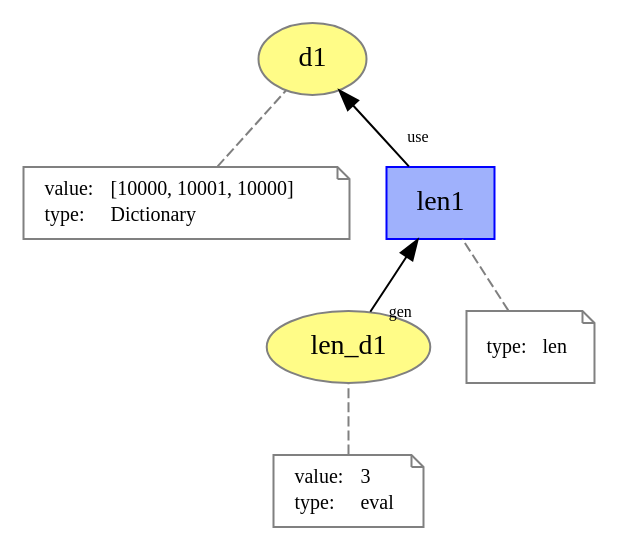
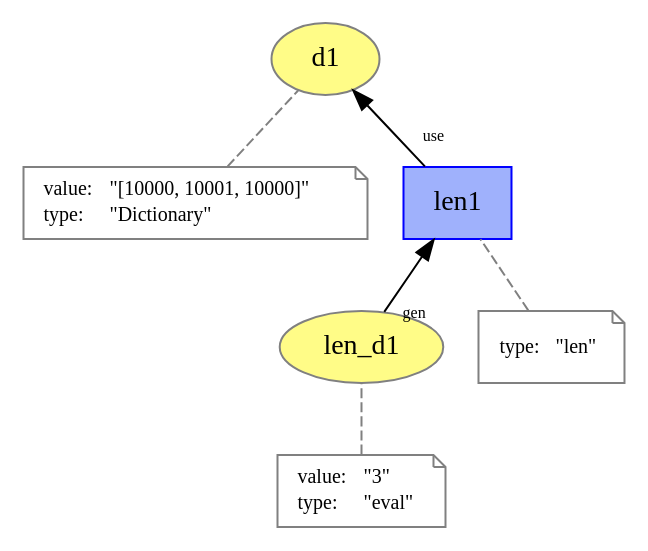
The diagram in prov_dictionary/call.dot (dew-uff/versioned-prov), drawn with Graphviz before and after one commit. The commit also changed 93 other files, not shown here.

```diff
--- a/prov_dictionary/call.dot
+++ b/prov_dictionary/call.dot
@@ -1,36 +1,36 @@
 digraph "PROV" { size="16,12"; rankdir="BT";
 "http://example.org/d1" [fillcolor="#FFFC87",color="#808080",style="filled",label="d1",URL="http://example.org/d1"]
 "-attrs0" [color="gray",shape="note",fontsize="10",fontcolor="black",label=<<TABLE cellpadding="0" border="0">
 	<TR>
 	    <TD align="left">value:</TD>
-	    <TD align="left">[10000, 10001, 10000]</TD>
+	    <TD align="left">&quot;[10000, 10001, 10000]&quot;</TD>
 	</TR>
 	<TR>
 	    <TD align="left">type:</TD>
-	    <TD align="left">Dictionary</TD>
+	    <TD align="left">&quot;Dictionary&quot;</TD>
 	</TR>
 </TABLE>>]
 "-attrs0" -> "http://example.org/d1" [color="gray",style="dashed",arrowhead="none"]
 "http://example.org/len_d1" [fillcolor="#FFFC87",color="#808080",style="filled",label="len_d1",URL="http://example.org/len_d1"]
 "-attrs1" [color="gray",shape="note",fontsize="10",fontcolor="black",label=<<TABLE cellpadding="0" border="0">
 	<TR>
 	    <TD align="left">value:</TD>
-	    <TD align="left">3</TD>
+	    <TD align="left">&quot;3&quot;</TD>
 	</TR>
 	<TR>
 	    <TD align="left">type:</TD>
-	    <TD align="left">eval</TD>
+	    <TD align="left">&quot;eval&quot;</TD>
 	</TR>
 </TABLE>>]
 "-attrs1" -> "http://example.org/len_d1" [color="gray",style="dashed",arrowhead="none"]
 "http://example.org/len1" [fillcolor="#9FB1FC",color="#0000FF",shape="polygon",sides="4",style="filled",label="len1",URL="http://example.org/len1"]
 "-attrs2" [color="gray",shape="note",fontsize="10",fontcolor="black",label=<<TABLE cellpadding="0" border="0">
 	<TR>
 	    <TD align="left">type:</TD>
-	    <TD align="left">len</TD>
+	    <TD align="left">&quot;len&quot;</TD>
 	</TR>
 </TABLE>>]
 "-attrs2" -> "http://example.org/len1" [color="gray",style="dashed",arrowhead="none"]
 "http://example.org/len1" -> "http://example.org/d1" [labelfontsize="8",labeldistance="1.5",labelangle="60.0",rotation="20",taillabel="use"]
 "http://example.org/len_d1" -> "http://example.org/len1" [labelfontsize="8",labeldistance="1.5",labelangle="60.0",rotation="20",taillabel="gen"]
 }
```
